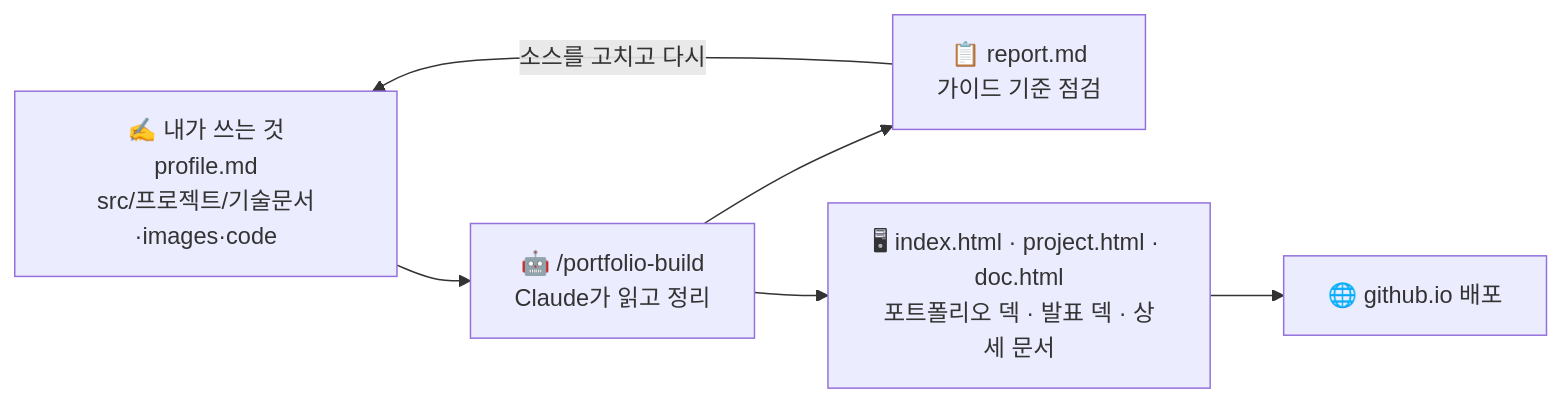
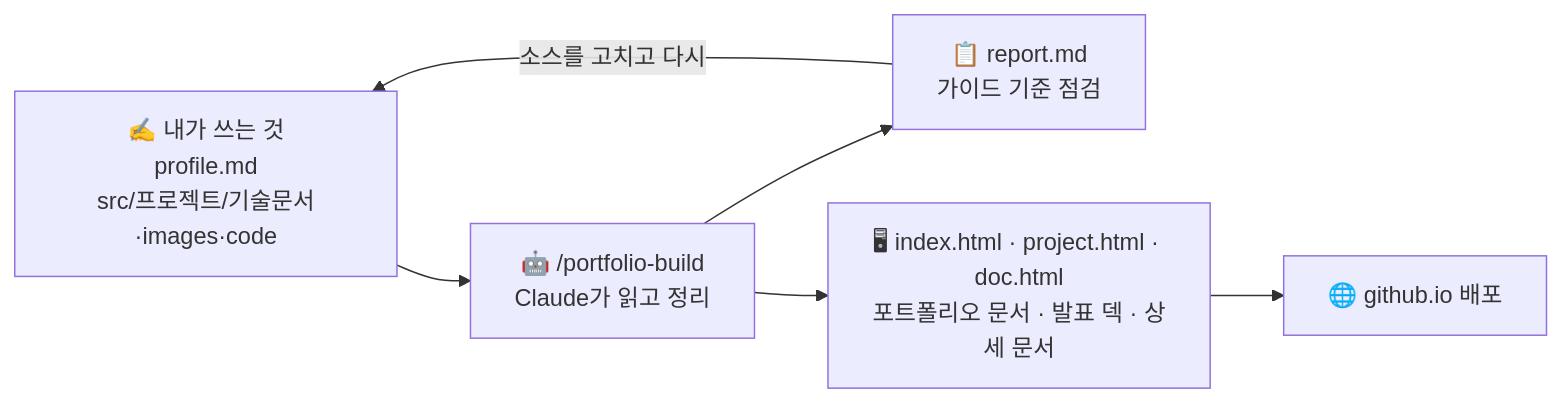
One commit to krKooHoo/portfolio-test changed the diagram in README.md. Above: the diagram before and after it, drawn with Mermaid. The commit also changed other lines of this file and 27 other files, not shown here.

````diff
--- a/README.md
+++ b/README.md
@@ -7,8 +7,8 @@
 ```mermaid
 flowchart LR
     A["✍ 내가 쓰는 것<br/>profile.md<br/>src/프로젝트/기술문서·images·code"] --> B["🤖 /portfolio-build<br/>Claude가 읽고 정리"]
     B --> C["📋 report.md<br/>가이드 기준 점검"]
-    B --> D["🖥 index.html · project.html · doc.html<br/>포트폴리오 덱 · 발표 덱 · 상세 문서"]
+    B --> D["🖥 index.html · project.html · doc.html<br/>포트폴리오 문서 · 발표 덱 · 상세 문서"]
     C -->|"소스를 고치고 다시"| A
     D --> E["🌐 github.io 배포"]
 ```
````
